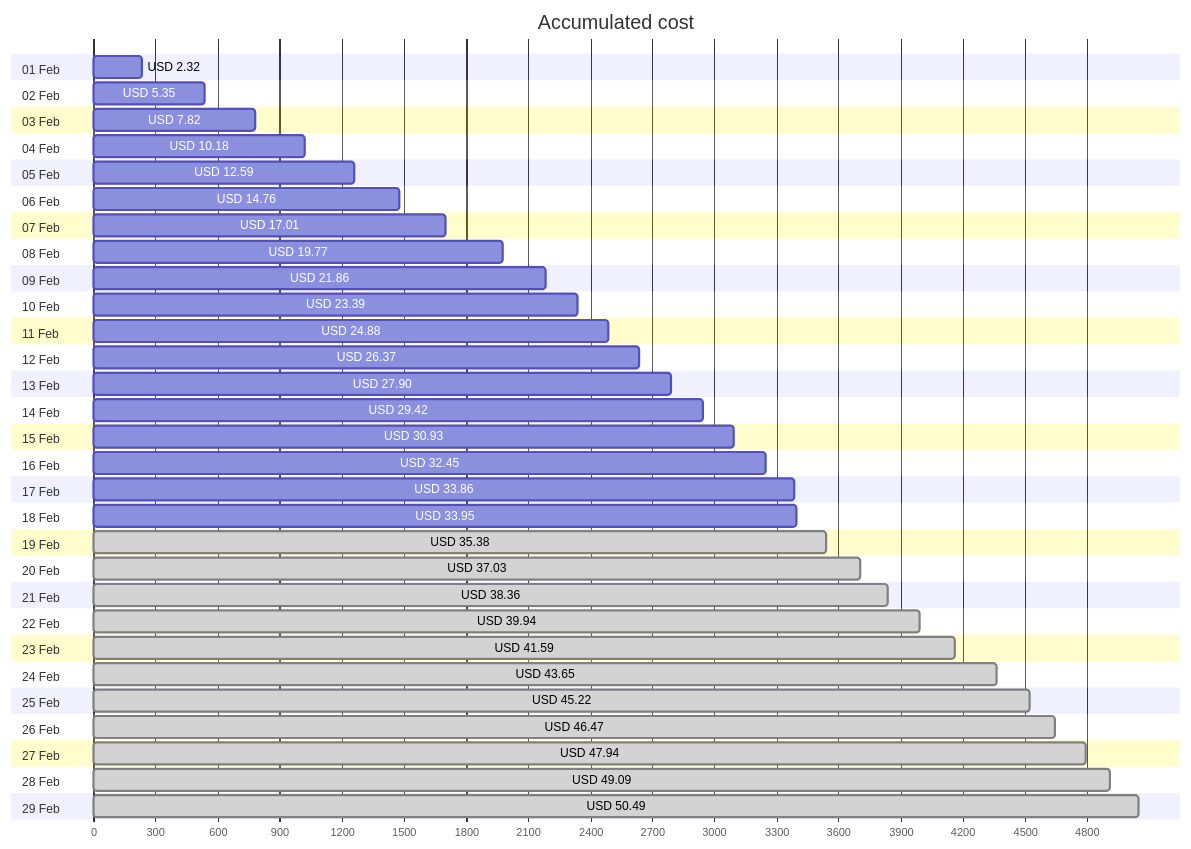
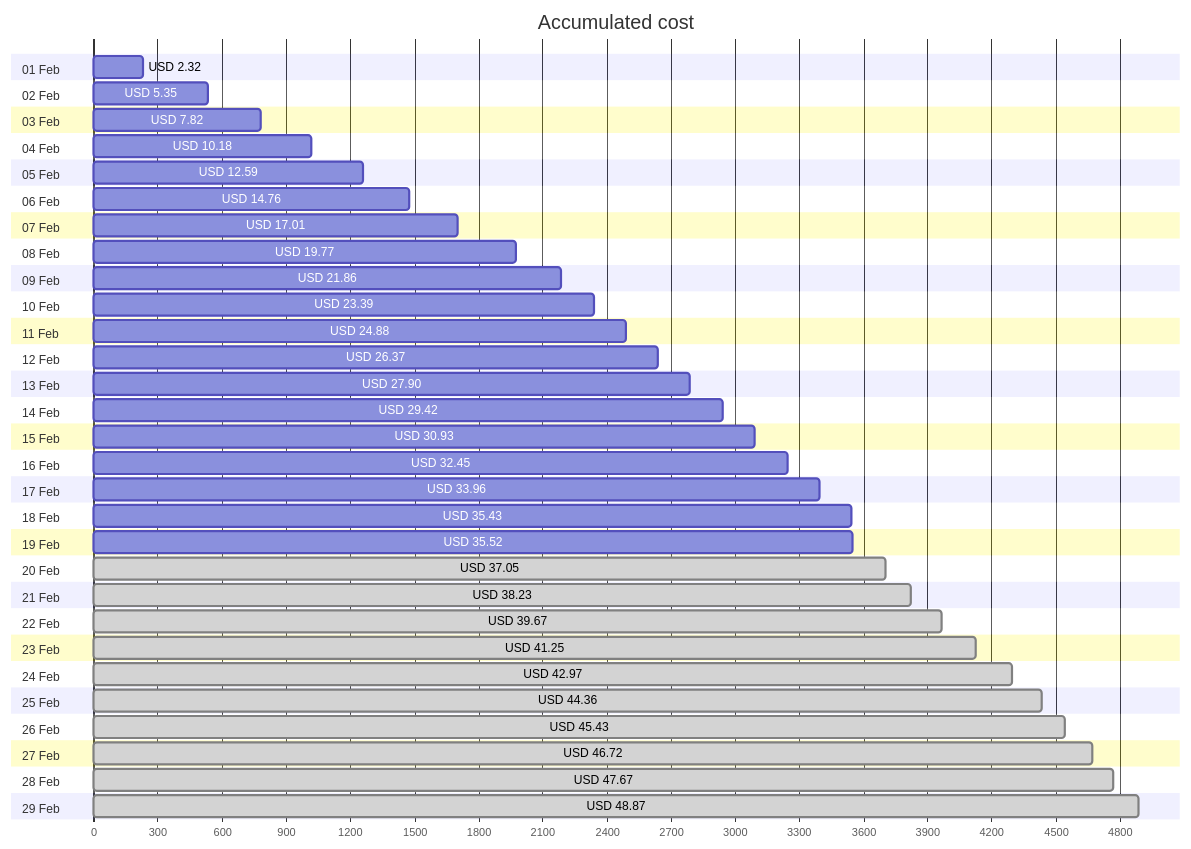
The first of 4 diagrams in cost-reports/personal-network/README.md (jpfulton/azure-personal-reports), drawn with Mermaid before and after one commit. The commit also changed other lines of this file and 8 other files, not shown here.

````diff
--- a/cost-reports/personal-network/README.md
+++ b/cost-reports/personal-network/README.md
@@ -20,64 +20,64 @@
 ```mermaid
 gantt
    title Accumulated cost
    dateFormat  X
    axisFormat %s
    section 01 Feb
    USD 2.32 :0, 232
    section 02 Feb
    USD 5.35 :0, 535
    section 03 Feb
    USD 7.82 :0, 782
    section 04 Feb
    USD 10.18 :0, 1018
    section 05 Feb
    USD 12.59 :0, 1259
    section 06 Feb
    USD 14.76 :0, 1476
    section 07 Feb
    USD 17.01 :0, 1701
    section 08 Feb
    USD 19.77 :0, 1977
    section 09 Feb
    USD 21.86 :0, 2186
    section 10 Feb
    USD 23.39 :0, 2339
    section 11 Feb
    USD 24.88 :0, 2488
    section 12 Feb
    USD 26.37 :0, 2637
    section 13 Feb
    USD 27.90 :0, 2790
    section 14 Feb
    USD 29.42 :0, 2942
    section 15 Feb
    USD 30.93 :0, 3093
    section 16 Feb
    USD 32.45 :0, 3245
    section 17 Feb
-   USD 33.86 :0, 3386
+   USD 33.96 :0, 3396
    section 18 Feb
-   USD 33.95 :0, 3395
+   USD 35.43 :0, 3543
    section 19 Feb
-   USD 35.38 : done, 0, 3538
+   USD 35.52 :0, 3552
    section 20 Feb
-   USD 37.03 : done, 0, 3703
+   USD 37.05 : done, 0, 3705
    section 21 Feb
-   USD 38.36 : done, 0, 3836
+   USD 38.23 : done, 0, 3823
    section 22 Feb
-   USD 39.94 : done, 0, 3994
+   USD 39.67 : done, 0, 3967
    section 23 Feb
-   USD 41.59 : done, 0, 4159
+   USD 41.25 : done, 0, 4125
    section 24 Feb
-   USD 43.65 : done, 0, 4365
+   USD 42.97 : done, 0, 4297
    section 25 Feb
-   USD 45.22 : done, 0, 4522
+   USD 44.36 : done, 0, 4436
    section 26 Feb
-   USD 46.47 : done, 0, 4647
+   USD 45.43 : done, 0, 4543
    section 27 Feb
-   USD 47.94 : done, 0, 4794
+   USD 46.72 : done, 0, 4672
    section 28 Feb
-   USD 49.09 : done, 0, 4909
+   USD 47.67 : done, 0, 4767
    section 29 Feb
-   USD 50.49 : done, 0, 5049
+   USD 48.87 : done, 0, 4887
 ```
````
